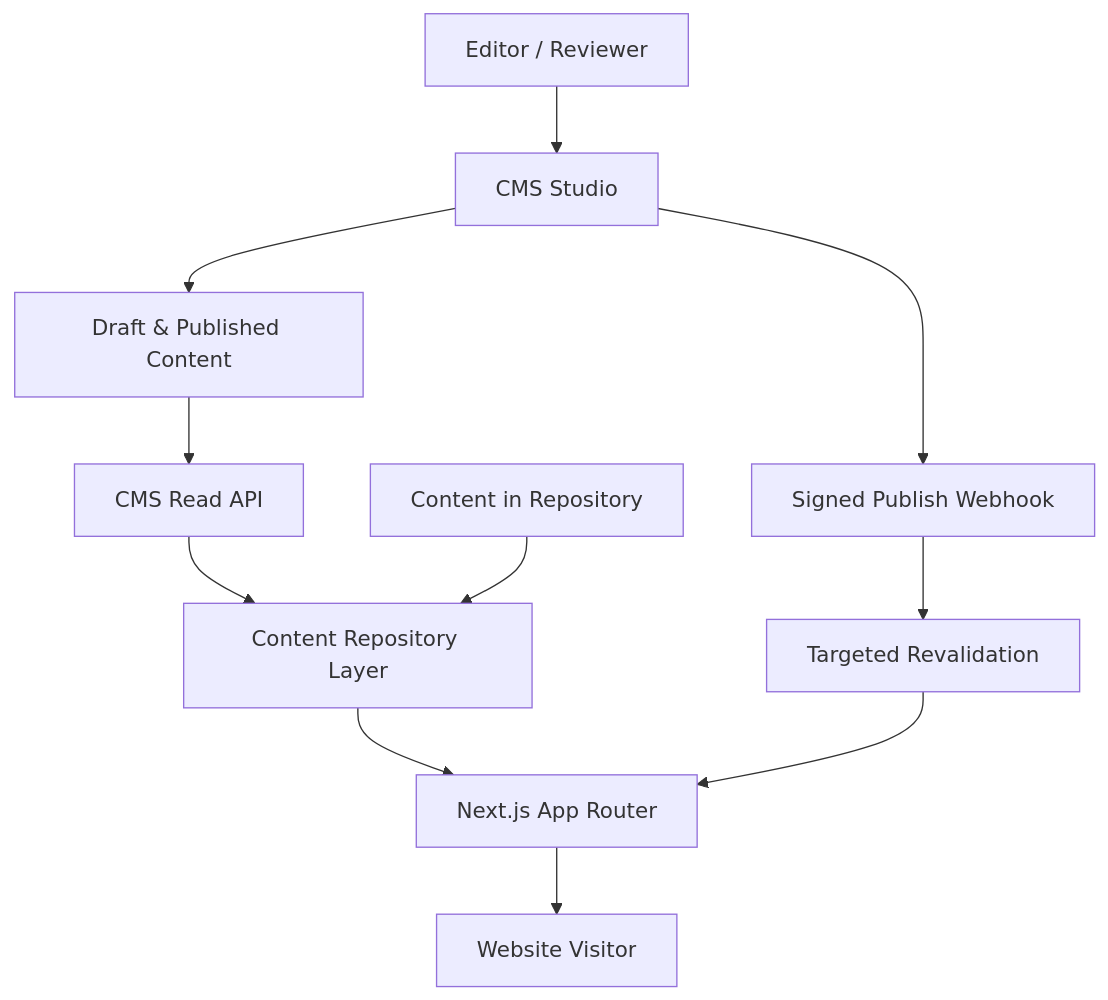
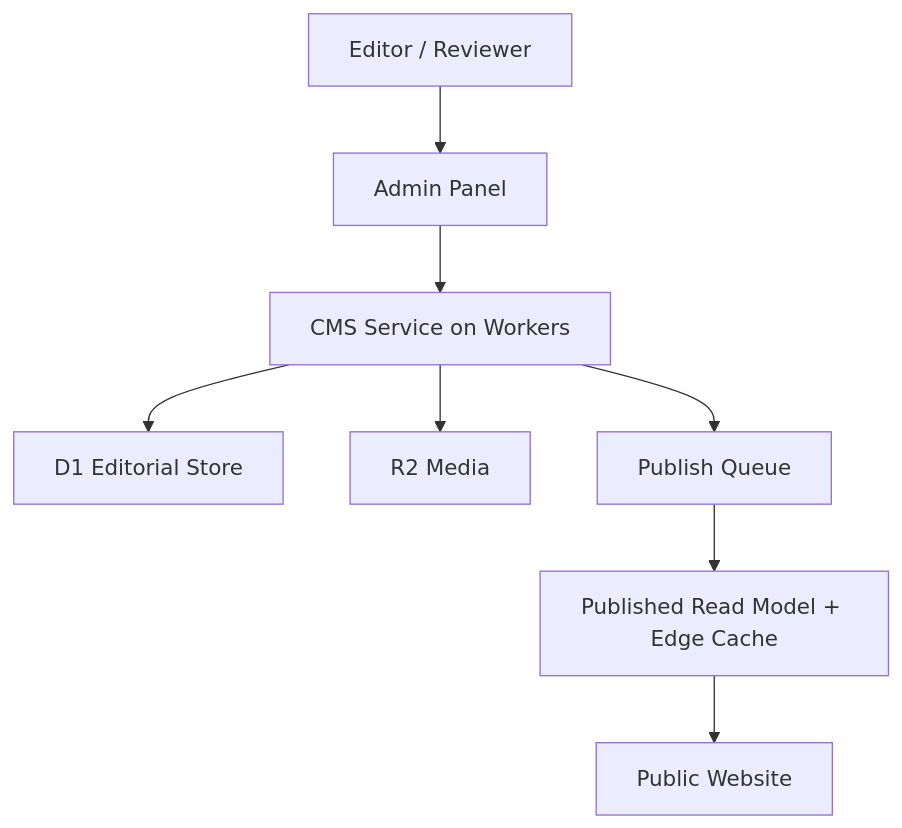
Before and after one commit to rezachidotnet/ahanassa-website: the first of 3 diagrams in 01-sources/CMS_ARCHITECTURE.md, drawn with Mermaid. The commit also changed other lines of this file and 38 other files, not shown here.

````diff
--- a/01-sources/CMS_ARCHITECTURE.md
+++ b/01-sources/CMS_ARCHITECTURE.md
@@ -84,13 +79,10 @@
 ```mermaid
 flowchart TD
-    E["Editor / Reviewer"] --> S["CMS Studio"]
-    S --> D["Draft & Published Content"]
-    D --> A["CMS Read API"]
-    A --> L["Content Repository Layer"]
-    C["Content in Repository"] --> L
-    L --> N["Next.js App Router"]
-    N --> U["Website Visitor"]
-    S --> W["Signed Publish Webhook"]
-    W --> R["Targeted Revalidation"]
-    R --> N
+    A["Editor / Reviewer"] --> B["Admin Panel"]
+    B --> C["CMS Service on Workers"]
+    C --> D["D1 Editorial Store"]
+    C --> E["R2 Media"]
+    C --> F["Publish Queue"]
+    F --> G["Published Read Model + Edge Cache"]
+    G --> H["Public Website"]
 ```
````
